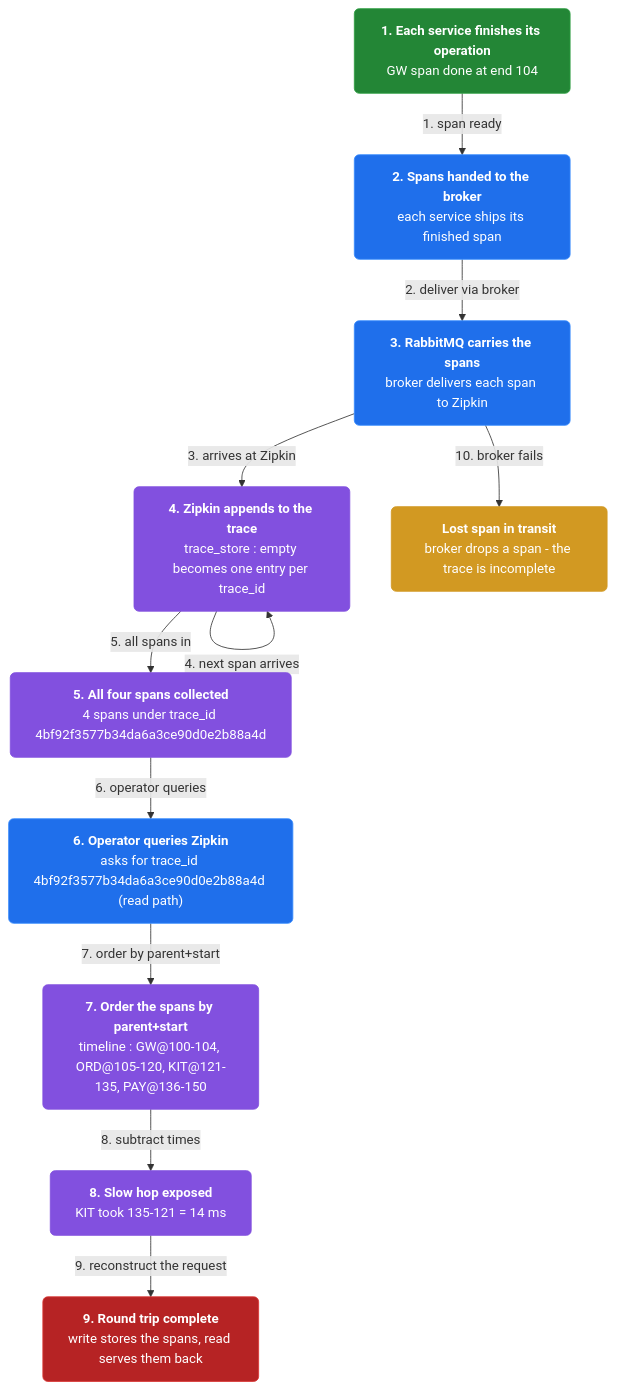
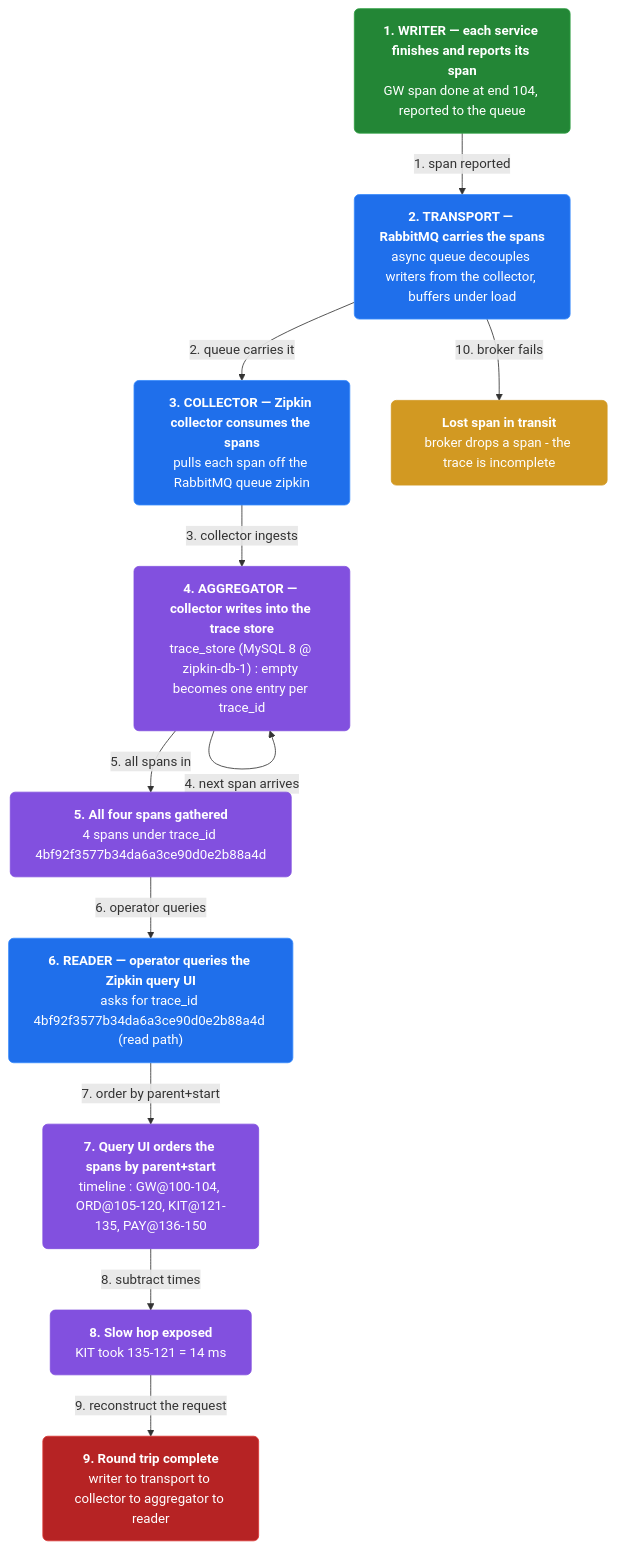
The third of 9 diagrams in docs/ch33-distributed-tracing.md (vinayakuber/microservices-io-study-guide), drawn with Mermaid before and after one commit. The commit also changed other lines of this file and 7 other files, not shown here.

First line of the commit message:
ch33: trace the writer→transport→collector→aggregator→reader pipeline; add R15 gate

````diff
--- a/docs/ch33-distributed-tracing.md
+++ b/docs/ch33-distributed-tracing.md
@@ -120,28 +120,28 @@
 ```mermaid
 flowchart TD
   classDef step fill:#1f6feb,color:#ffffff,stroke:#388bfd,rx:6
   classDef core fill:#8250df,color:#ffffff,stroke:#8250df,rx:6
   classDef warn fill:#d29922,color:#ffffff,stroke:#d29922,rx:6
   classDef start fill:#238636,color:#ffffff,stroke:#2ea043,rx:6
   classDef stop fill:#b62324,color:#ffffff,stroke:#da3633,rx:6
-  n0["<b>1. Each service finishes its operation</b><br/>GW span done at end 104"]:::start
-  n1["<b>2. Spans handed to the broker</b><br/>each service ships its finished span"]:::step
-  n2["<b>3. RabbitMQ carries the spans</b><br/>broker delivers each span to Zipkin"]:::step
-  n3["<b>4. Zipkin appends to the trace</b><br/>trace_store : empty becomes one entry per trace_id"]:::core
-  n4["<b>5. All four spans collected</b><br/>4 spans under trace_id 4bf92f3577b34da6a3ce90d0e2b88a4d"]:::core
-  n5["<b>6. Operator queries Zipkin</b><br/>asks for trace_id 4bf92f3577b34da6a3ce90d0e2b88a4d (read path)"]:::step
-  n6["<b>7. Order the spans by parent+start</b><br/>timeline : GW@100-104, ORD@105-120, KIT@121-135, PAY@136-150"]:::core
+  n0["<b>1. WRITER — each service finishes and reports its span</b><br/>GW span done at end 104, reported to the queue"]:::start
+  n1["<b>2. TRANSPORT — RabbitMQ carries the spans</b><br/>async queue decouples writers from the collector, buffers under load"]:::step
+  n2["<b>3. COLLECTOR — Zipkin collector consumes the spans</b><br/>pulls each span off the RabbitMQ queue zipkin"]:::step
+  n3["<b>4. AGGREGATOR — collector writes into the trace store</b><br/>trace_store (MySQL 8 @ zipkin-db-1) : empty becomes one entry per trace_id"]:::core
+  n4["<b>5. All four spans gathered</b><br/>4 spans under trace_id 4bf92f3577b34da6a3ce90d0e2b88a4d"]:::core
+  n5["<b>6. READER — operator queries the Zipkin query UI</b><br/>asks for trace_id 4bf92f3577b34da6a3ce90d0e2b88a4d (read path)"]:::step
+  n6["<b>7. Query UI orders the spans by parent+start</b><br/>timeline : GW@100-104, ORD@105-120, KIT@121-135, PAY@136-150"]:::core
   n7["<b>8. Slow hop exposed</b><br/>KIT took 135-121 = 14 ms"]:::core
-  n8["<b>9. Round trip complete</b><br/>write stores the spans, read serves them back"]:::stop
+  n8["<b>9. Round trip complete</b><br/>writer to transport to collector to aggregator to reader"]:::stop
   n9["<b>Lost span in transit</b><br/>broker drops a span - the trace is incomplete"]:::warn
-  n0 -->|"1. span ready"| n1
-  n1 -->|"2. deliver via broker"| n2
-  n2 -->|"3. arrives at Zipkin"| n3
+  n0 -->|"1. span reported"| n1
+  n1 -->|"2. queue carries it"| n2
+  n2 -->|"3. collector ingests"| n3
   n3 -->|"4. next span arrives"| n3
   n3 -->|"5. all spans in"| n4
   n4 -->|"6. operator queries"| n5
   n5 -->|"7. order by parent+start"| n6
   n6 -->|"8. subtract times"| n7
   n7 -->|"9. reconstruct the request"| n8
-  n2 -->|"10. broker fails"| n9
+  n1 -->|"10. broker fails"| n9
 ```
````
